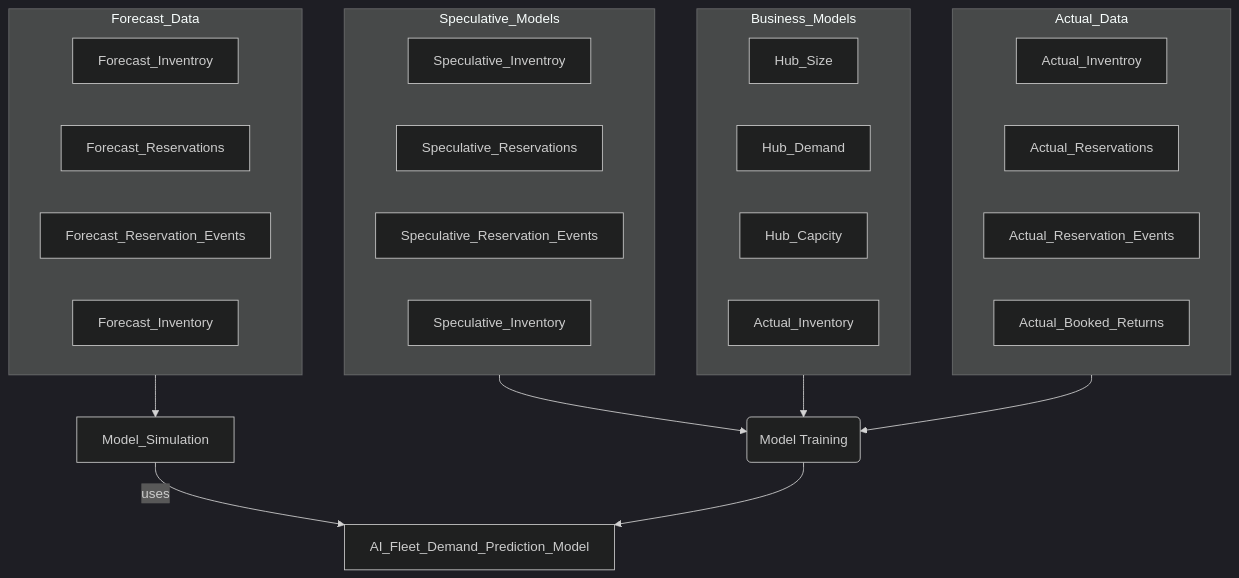
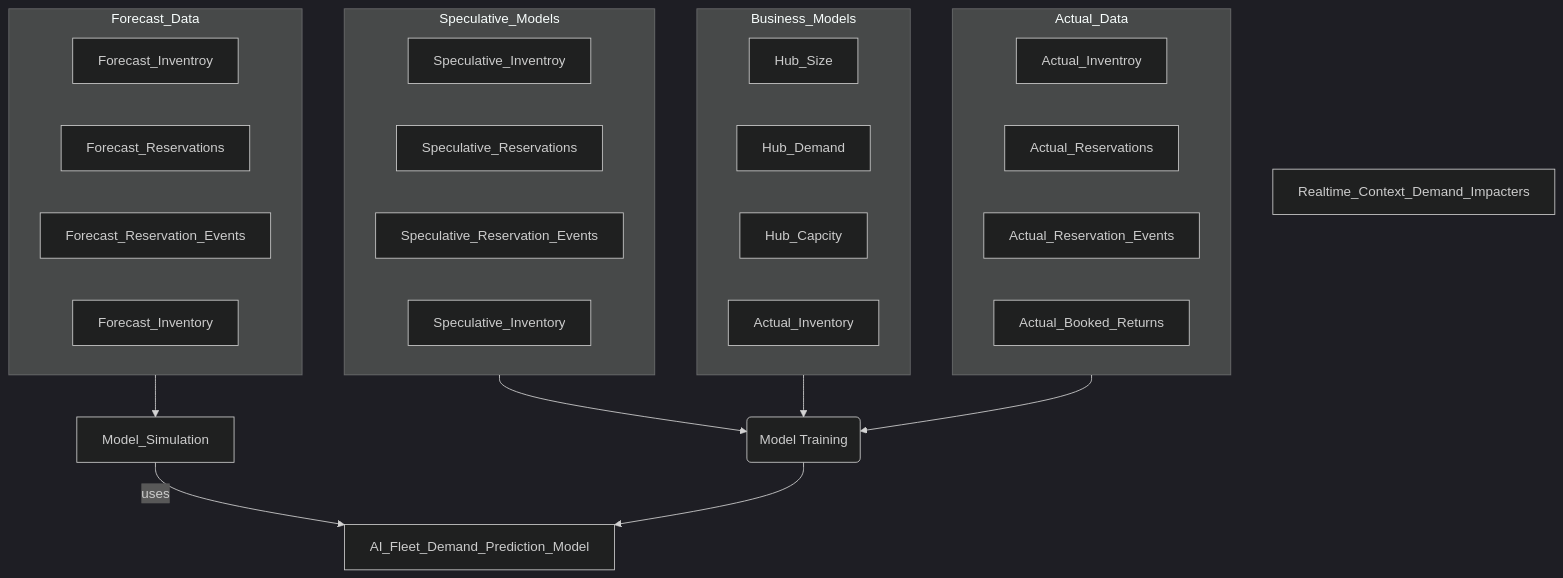
One commit to vmlyr-hari/vml-augmented-humans changed the first of 7 diagrams in index.qmd. Above: the diagram before and after it, drawn with Mermaid (dark theme). The commit also changed other lines of this file and 2 other files, not shown here.

````diff
--- a/index.qmd
+++ b/index.qmd
@@ -61,44 +61,46 @@
 ```{mermaid}
 flowchart TB
     subgraph Speculative_Models
         Speculative_Inventroy
         Speculative_Reservations
         Speculative_Reservation_Events
         Speculative_Inventory
     end
 
     %% What our business model supports
     subgraph Business_Models
         Hub_Size
         Hub_Demand
         Hub_Capcity
         Actual_Inventory
     end
     
     %% Historical Actuals
     subgraph Actual_Data
         Actual_Inventroy
         Actual_Reservations
         Actual_Reservation_Events
         Actual_Inventory
         Actual_Booked_Returns
     end
 
     %% Forecast
     subgraph Forecast_Data
         Forecast_Inventroy
         Forecast_Reservations
         Forecast_Reservation_Events
         Forecast_Inventory
     end
 
+    Realtime_Context_Demand_Impacters
+
     Speculative_Models --> Model_Training
     Business_Models --> Model_Training
     Actual_Data --> Model_Training
 
     Forecast_Data --> Model_Simulation
     Model_Simulation -- uses --> AI_Fleet_Demand_Prediction_Model
 
     Model_Training("Model Training") --> AI_Fleet_Demand_Prediction_Model
 
 ```
````
